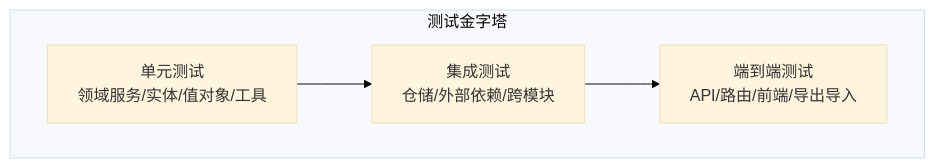
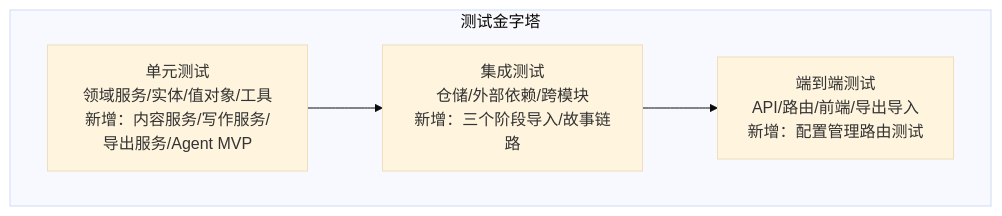
The second of 11 diagrams in .qoder/repowiki/zh/content/测试策略/测试策略.md (octsfm/InkTrace), drawn with Mermaid (base theme) before and after one commit. The commit also changed other lines of this file and 25 other files, not shown here.

````diff
--- a/.qoder/repowiki/zh/content/测试策略/测试策略.md
+++ b/.qoder/repowiki/zh/content/测试策略/测试策略.md
@@ -141,10 +204,10 @@
 ```mermaid
 graph TB
 subgraph "测试金字塔"
-U["单元测试<br/>领域服务/实体/值对象/工具"]
-I["集成测试<br/>仓储/外部依赖/跨模块"]
-E["端到端测试<br/>API/路由/前端/导出导入"]
+U["单元测试<br/>领域服务/实体/值对象/工具<br/>新增：内容服务/写作服务/导出服务/Agent MVP"]
+I["集成测试<br/>仓储/外部依赖/跨模块<br/>新增：三个阶段导入/故事链路"]
+E["端到端测试<br/>API/路由/前端/导出导入<br/>新增：配置管理路由测试"]
 end
 U --> I
 I --> E
 ```
````
